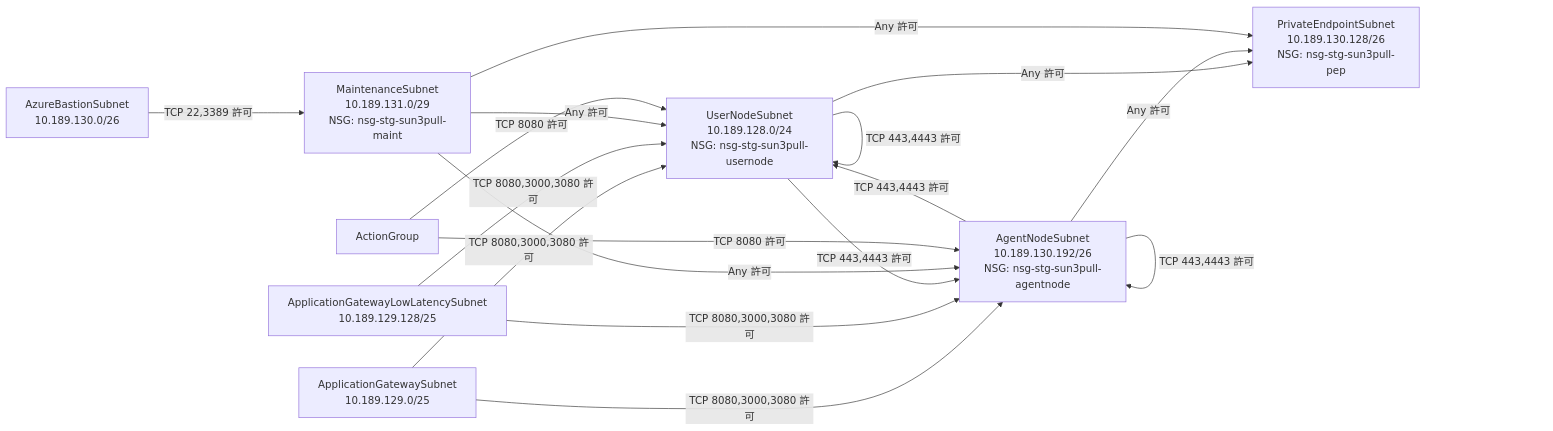
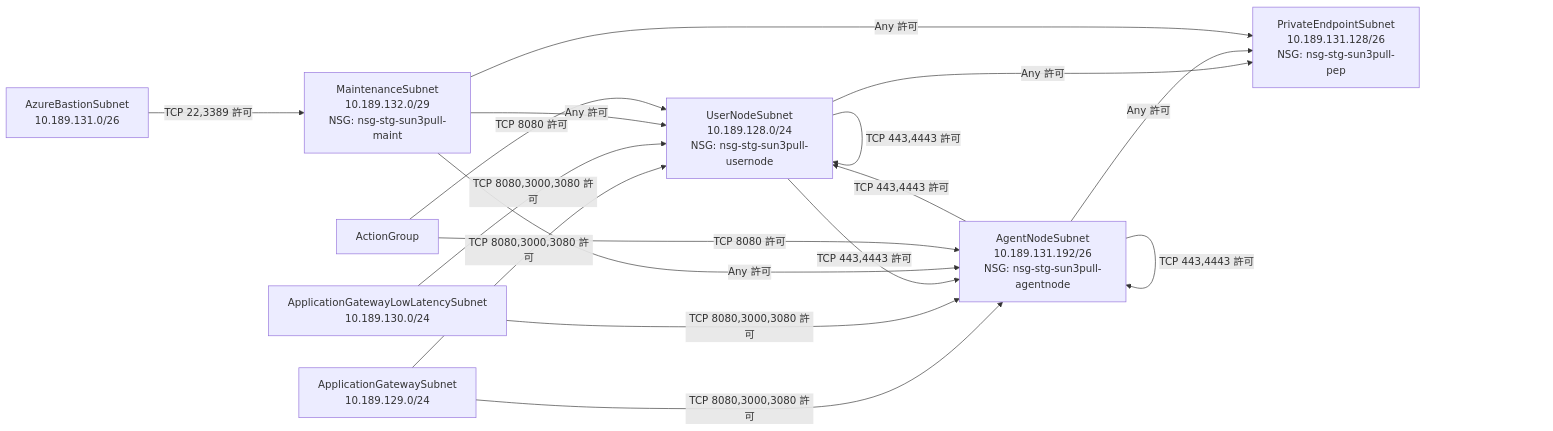
The sixth of 6 diagrams in infra/README.md (ioiuea/3pull), drawn with Mermaid before and after one commit. The commit also changed other lines of this file and 6 other files, not shown here.

````diff
--- a/infra/README.md
+++ b/infra/README.md
@@ -161,28 +161,28 @@
 ```mermaid
 flowchart LR
-  AG["ApplicationGatewaySubnet<br/>10.189.129.0/25"]
-  AGLL["ApplicationGatewayLowLatencySubnet<br/>10.189.129.128/25"]
+  AG["ApplicationGatewaySubnet<br/>10.189.129.0/24"]
+  AGLL["ApplicationGatewayLowLatencySubnet<br/>10.189.130.0/24"]
   U["UserNodeSubnet<br/>10.189.128.0/24<br/>NSG: nsg-stg-sun3pull-usernode"]
-  N["AgentNodeSubnet<br/>10.189.130.192/26<br/>NSG: nsg-stg-sun3pull-agentnode"]
-  P["PrivateEndpointSubnet<br/>10.189.130.128/26<br/>NSG: nsg-stg-sun3pull-pep"]
-  M["MaintenanceSubnet<br/>10.189.131.0/29<br/>NSG: nsg-stg-sun3pull-maint"]
-  B["AzureBastionSubnet<br/>10.189.130.0/26"]
+  N["AgentNodeSubnet<br/>10.189.131.192/26<br/>NSG: nsg-stg-sun3pull-agentnode"]
+  P["PrivateEndpointSubnet<br/>10.189.131.128/26<br/>NSG: nsg-stg-sun3pull-pep"]
+  M["MaintenanceSubnet<br/>10.189.132.0/29<br/>NSG: nsg-stg-sun3pull-maint"]
+  B["AzureBastionSubnet<br/>10.189.131.0/26"]
   ACT["ActionGroup"]
 
   AG -->|"TCP 8080,3000,3080 許可"| U
   AG -->|"TCP 8080,3000,3080 許可"| N
   AGLL -->|"TCP 8080,3000,3080 許可"| U
   AGLL -->|"TCP 8080,3000,3080 許可"| N
   U -->|"TCP 443,4443 許可"| U
   U -->|"TCP 443,4443 許可"| N
   N -->|"TCP 443,4443 許可"| U
   N -->|"TCP 443,4443 許可"| N
   M -->|"Any 許可"| U
   M -->|"Any 許可"| N
   U -->|"Any 許可"| P
   N -->|"Any 許可"| P
   M -->|"Any 許可"| P
   ACT -->|"TCP 8080 許可"| U
   ACT -->|"TCP 8080 許可"| N
   B -->|"TCP 22,3389 許可"| M
 ```
````
